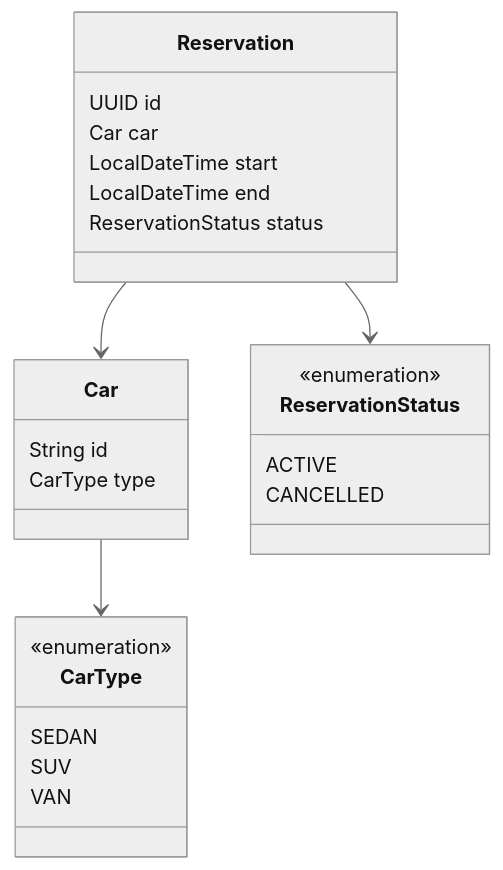
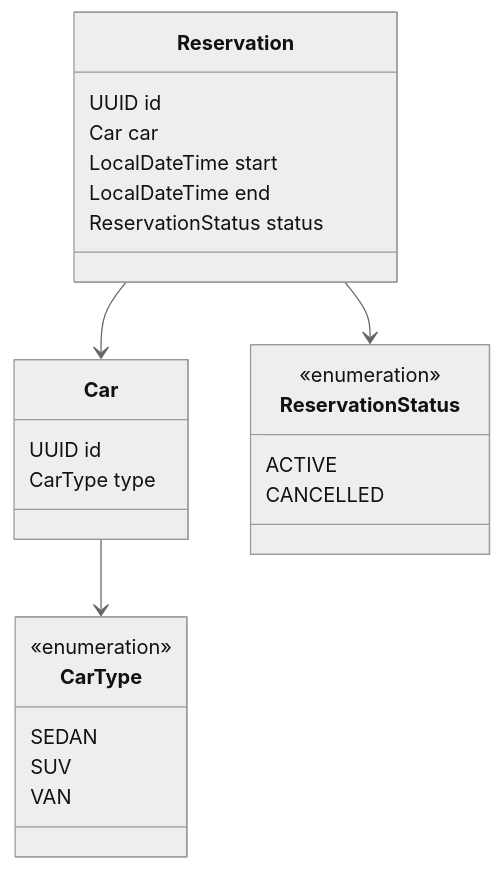
Before and after one commit to Alanyi1234/Car-Rental-System: the second of 3 diagrams in docs/tech-design.md, drawn with Mermaid (neutral theme). The commit also changed other lines of this file and 4 other files, not shown here.

````diff
--- a/docs/tech-design.md
+++ b/docs/tech-design.md
@@ -303,28 +303,28 @@
 ```mermaid
 classDiagram
     class Car {
-        String id
+        UUID id
         CarType type
     }
     class Reservation {
         UUID id
         Car car
         LocalDateTime start
         LocalDateTime end
         ReservationStatus status
     }
     class CarType {
         <<enumeration>>
         SEDAN
         SUV
         VAN
     }
     class ReservationStatus {
         <<enumeration>>
         ACTIVE
         CANCELLED
     }
     Reservation --> Car
     Car --> CarType
     Reservation --> ReservationStatus
 ```
````
